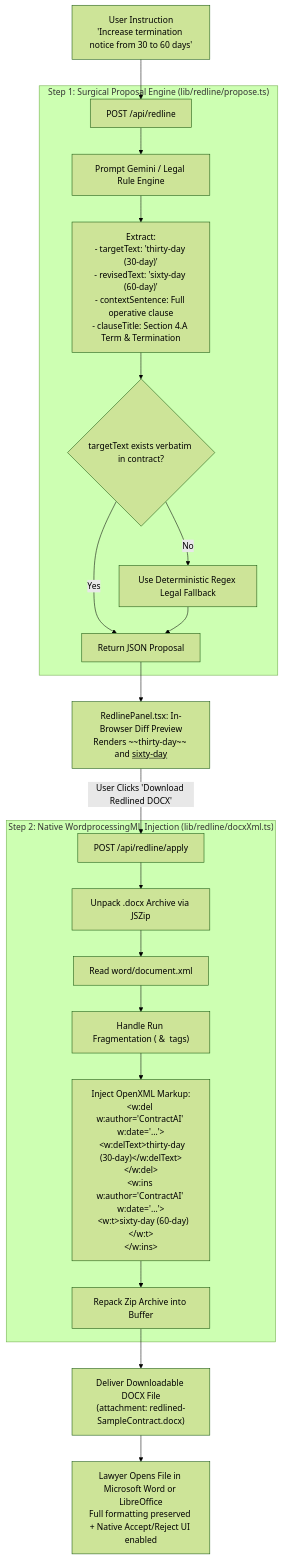
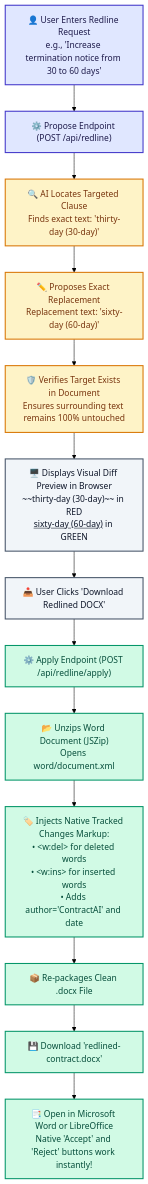
Before and after one commit to MahirPatel2005/ContractAI: the second of 2 diagrams in diagram/05-agentic-research-and-redlining.md, drawn with Mermaid (forest theme). The commit also changed other lines of this file and 11 other files, not shown here.

Commit message:
feat: add build script for diagram SVGs and update markdown documentation with visual flowcharts

````diff
--- a/diagram/05-agentic-research-and-redlining.md
+++ b/diagram/05-agentic-research-and-redlining.md
@@ -59,30 +60,37 @@
 ```mermaid
 flowchart TD
-    User["User Instruction<br/>'Increase termination notice from 30 to 60 days'"] --> ProposalAPI["POST /api/redline"]
+    %% 1. User Instruction
+    A["👤 User Enters Redline Request<br/>e.g., 'Increase termination notice from 30 to 60 days'"] --> B["⚙️ Propose Endpoint (POST /api/redline)"]
+
+    %% 2. Surgical Identification
+    B --> C["🔍 AI Locates Targeted Clause<br/>Finds exact text: 'thirty-day (30-day)'"]
+    C --> D["✏️ Proposes Exact Replacement<br/>Replacement text: 'sixty-day (60-day)'"]
+    D --> E["🛡️ Verifies Target Exists in Document<br/>Ensures surrounding text remains 100% untouched"]
+
+    %% 3. In-Browser Preview
+    E --> F["🖥️ Displays Visual Diff Preview in Browser<br/>~~thirty-day (30-day)~~ in RED<br/><u>sixty-day (60-day)</u> in GREEN"]
     
-    subgraph Step1["Step 1: Surgical Proposal Engine (lib/redline/propose.ts)"]
-        ProposalAPI --> PromptLLM["Prompt Gemini / Legal Rule Engine"]
-        PromptLLM --> ExtractFields["Extract:<br/>- targetText: 'thirty-day (30-day)'<br/>- revisedText: 'sixty-day (60-day)'<br/>- contextSentence: Full operative clause<br/>- clauseTitle: Section 4.A Term & Termination"]
-        ExtractFields --> VerifyInDoc{"targetText exists verbatim in contract?"}
-        VerifyInDoc -->|No| FallbackRule["Use Deterministic Regex Legal Fallback"]
-        VerifyInDoc -->|Yes| ReturnProposal["Return JSON Proposal"]
-        FallbackRule --> ReturnProposal
-    end
+    %% 4. User Approval & Download
+    F --> G["📥 User Clicks 'Download Redlined DOCX'"]
+    G --> H["⚙️ Apply Endpoint (POST /api/redline/apply)"]
 
-    ReturnProposal --> UIPreview["RedlinePanel.tsx: In-Browser Diff Preview<br/>Renders ~~thirty-day~~ and <u>sixty-day</u>"]
+    %% 5. Native OpenXML Modification
+    H --> I["📂 Unzips Word Document (JSZip)<br/>Opens word/document.xml"]
+    I --> J["🏷️ Injects Native Tracked Changes Markup:<br/>• &lt;w:del&gt; for deleted words<br/>• &lt;w:ins&gt; for inserted words<br/>• Adds author='ContractAI' and date"]
+    J --> K["📦 Re-packages Clean .docx File"]
 
-    UIPreview -->|User Clicks 'Download Redlined DOCX'| ApplyAPI["POST /api/redline/apply"]
+    %% 6. Review in Word
+    K --> L["💾 Download 'redlined-contract.docx'"]
+    L --> M["📑 Open in Microsoft Word or LibreOffice<br/>Native 'Accept' and 'Reject' buttons work instantly!"]
 
-    subgraph Step2["Step 2: Native WordprocessingML Injection (lib/redline/docxXml.ts)"]
-        ApplyAPI --> Unzip["Unpack .docx Archive via JSZip"]
-        Unzip --> ReadXML["Read word/document.xml"]
-        ReadXML --> SearchRuns["Handle Run Fragmentation (<w:r> & <w:t> tags)"]
-        
-        SearchRuns --> InjectTags["Inject OpenXML Markup:<br/>&lt;w:del w:author='ContractAI' w:date='...'&gt;<br/>  &lt;w:delText&gt;thirty-day (30-day)&lt;/w:delText&gt;<br/>&lt;/w:del&gt;<br/>&lt;w:ins w:author='ContractAI' w:date='...'&gt;<br/>  &lt;w:t&gt;sixty-day (60-day)&lt;/w:t&gt;<br/>&lt;/w:ins&gt;"]
-        
-        InjectTags --> Repack["Repack Zip Archive into Buffer"]
-    end
+    %% Styling
+    classDef inputNode fill:#e0e7ff,stroke:#4338ca,stroke-width:2px,color:#1e1b4b;
+    classDef parseNode fill:#fef3c7,stroke:#d97706,stroke-width:2px,color:#78350f;
+    classDef previewNode fill:#f1f5f9,stroke:#475569,stroke-width:2px,color:#0f172a;
+    classDef docxNode fill:#d1fae5,stroke:#059669,stroke-width:2px,color:#064e3b;
 
-    Repack --> Download["Deliver Downloadable DOCX File<br/>(attachment: redlined-SampleContract.docx)"]
-    Download --> WordApp["Lawyer Opens File in Microsoft Word or LibreOffice<br/>Full formatting preserved + Native Accept/Reject UI enabled"]
+    class A,B inputNode;
+    class C,D,E parseNode;
+    class F,G previewNode;
+    class H,I,J,K,L,M docxNode;
 ```
````
